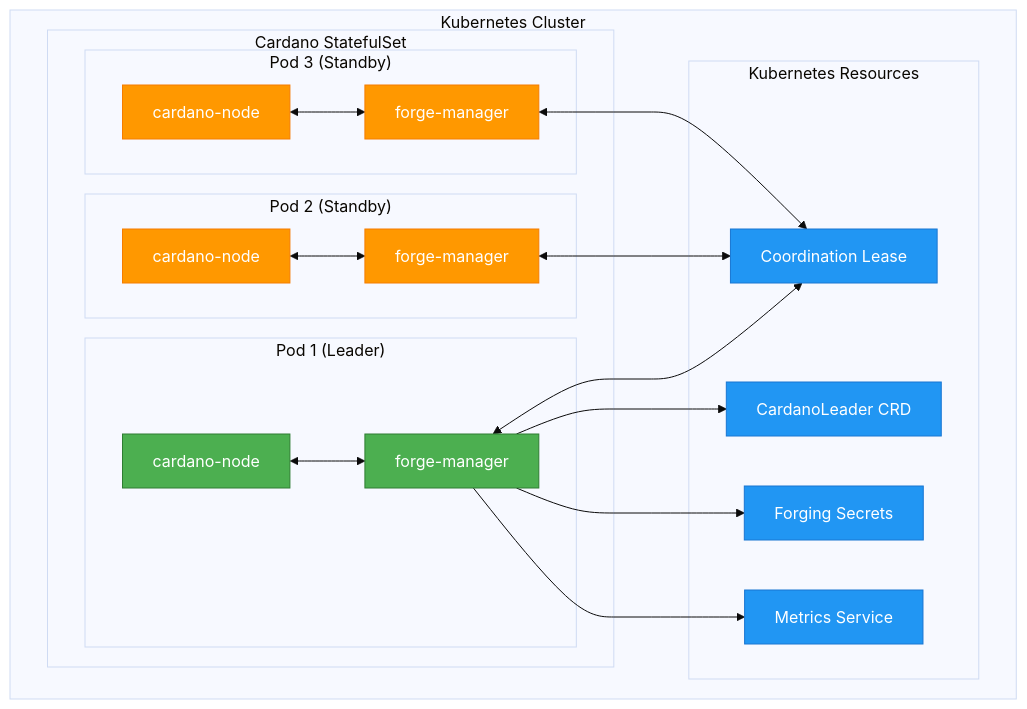
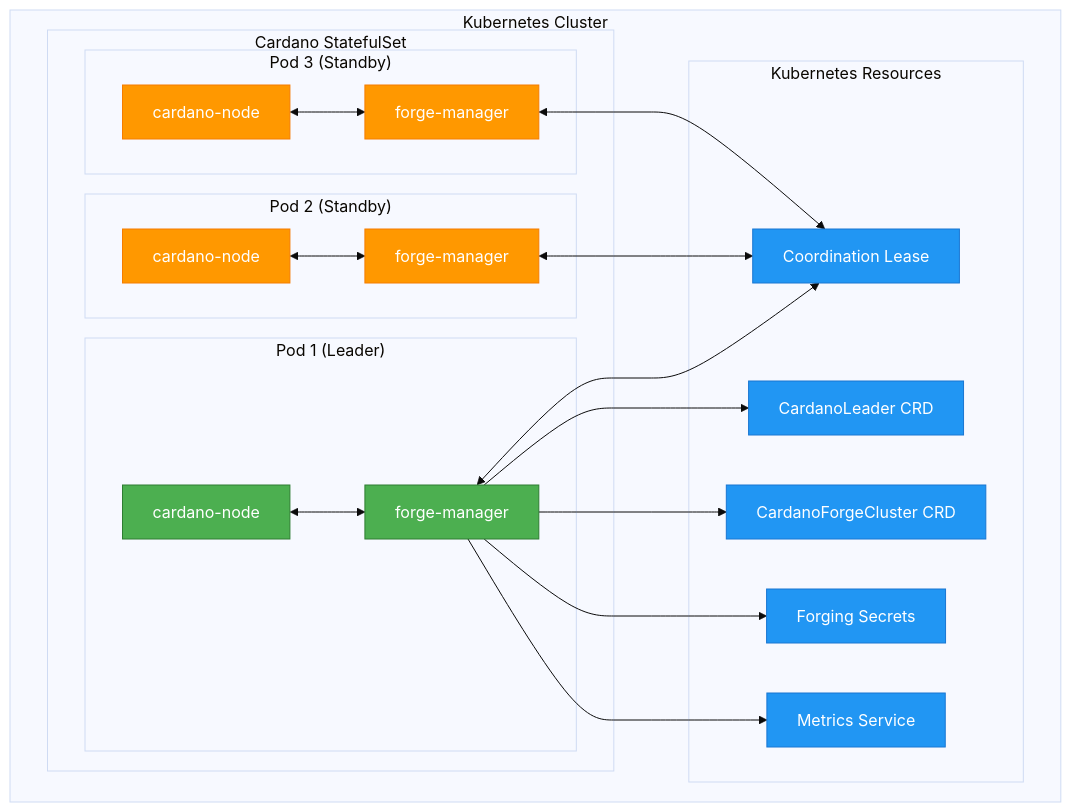
One commit to mochipool/cardano-forge-manager changed the first of 2 diagrams in README.md. Above: the diagram before and after it, drawn with Mermaid (base theme). The commit also changed other lines of this file and 1 other file, not shown here.

Commit message:
docs: update readme with cluster forge configurations

````diff
--- a/README.md
+++ b/README.md
@@ -506,46 +39,48 @@
 ```mermaid
 graph TB
     subgraph "Kubernetes Cluster"
         subgraph "Cardano StatefulSet"
             subgraph "Pod 1 (Leader)"
                 CN1[cardano-node]
                 SM1[forge-manager]
                 CN1 <--> SM1
             end
             
             subgraph "Pod 2 (Standby)"
                 CN2[cardano-node]
                 SM2[forge-manager]
                 CN2 <--> SM2
             end
             
             subgraph "Pod 3 (Standby)"
                 CN3[cardano-node]
                 SM3[forge-manager]
                 CN3 <--> SM3
             end
         end
         
         subgraph "Kubernetes Resources"
             LEASE[Coordination Lease]
-            CRD[CardanoLeader CRD]
+            CL[CardanoLeader CRD]
+            CFC[CardanoForgeCluster CRD]
             SECRET[Forging Secrets]
             METRICS[Metrics Service]
         end
     end
     
     SM1 <--> LEASE
     SM2 <--> LEASE  
     SM3 <--> LEASE
-    SM1 --> CRD
+    SM1 --> CL
+    SM1 --> CFC
     SM1 --> SECRET
     SM1 --> METRICS
     
     classDef leader fill:#4CAF50,stroke:#2E7D32,color:#fff
     classDef standby fill:#FF9800,stroke:#F57C00,color:#fff
     classDef k8s fill:#2196F3,stroke:#1976D2,color:#fff
     
     class CN1,SM1 leader
     class CN2,SM2,CN3,SM3 standby
-    class LEASE,CRD,SECRET,METRICS k8s
+    class LEASE,CL,CFC,SECRET,METRICS k8s
 ```
````
